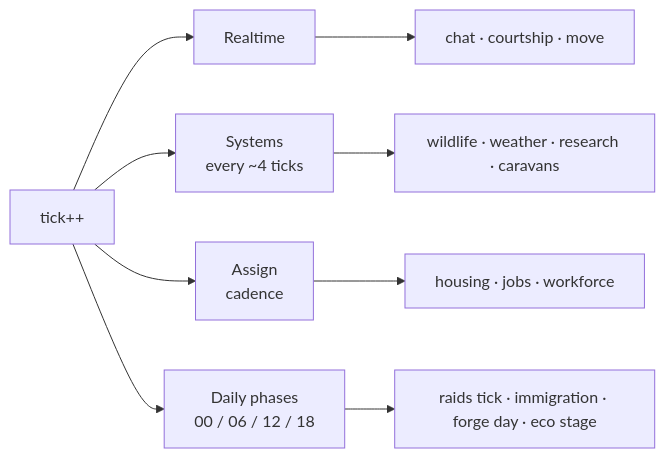
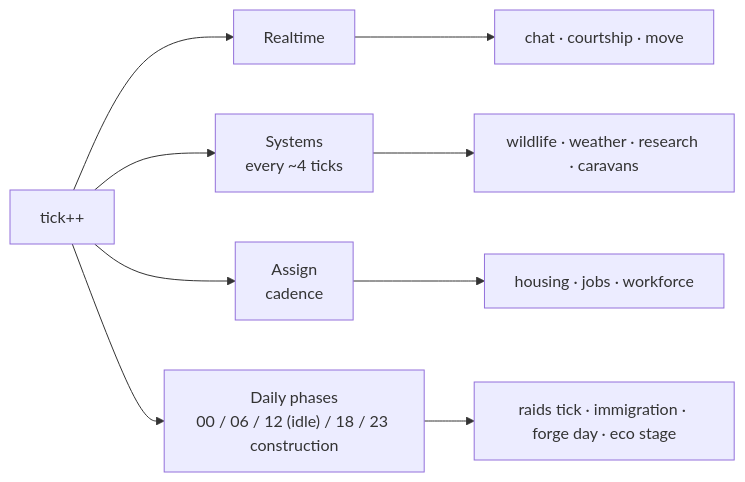
One commit to Rengerams/wilderfolk changed the third of 8 diagrams in ARCHITECTURE.md. Above: the diagram before and after it, drawn with Mermaid. The commit also changed other lines of this file, not shown here.

Commit message:
Fix tick-layer phase documentation: ARCHITECTURE.md

````diff
--- a/ARCHITECTURE.md
+++ b/ARCHITECTURE.md
@@ -96,12 +96,12 @@
 ```mermaid
 flowchart LR
   Tick["tick++"] --> RT["Realtime"]
   Tick --> SYS["Systems<br/>every ~4 ticks"]
   Tick --> ASG["Assign<br/>cadence"]
-  Tick --> DAY["Daily phases<br/>00 / 06 / 12 / 18"]
+  Tick --> DAY["Daily phases<br/>00 / 06 / 12 (idle) / 18 / 23 construction"]
 
   RT --> Chat["chat · courtship · move"]
   SYS --> Wild["wildlife · weather · research · caravans"]
   ASG --> Jobs["housing · jobs · workforce"]
   DAY --> Cal["raids tick · immigration · forge day · eco stage"]
 ```
````
